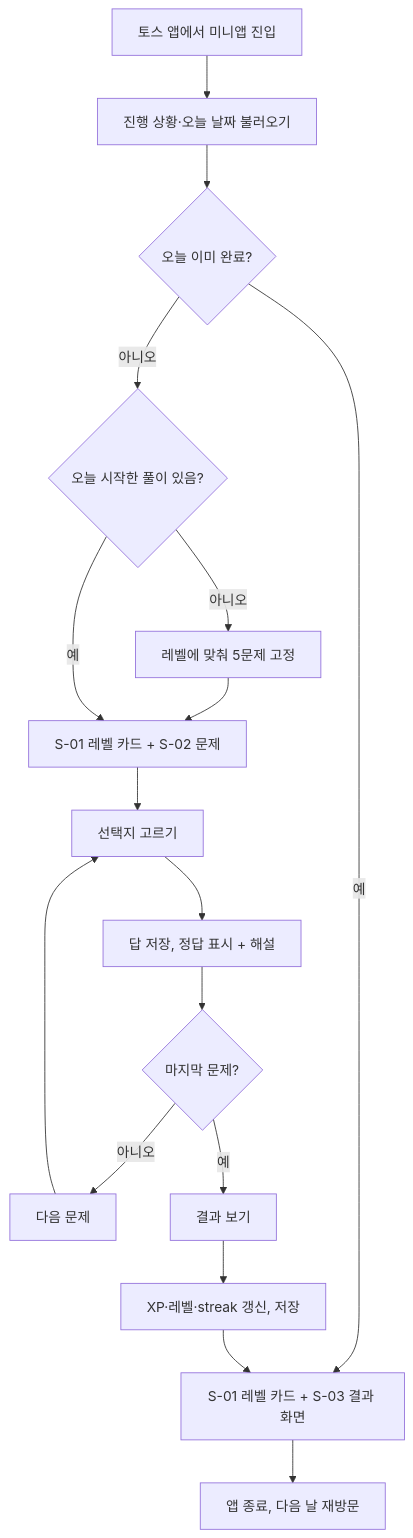
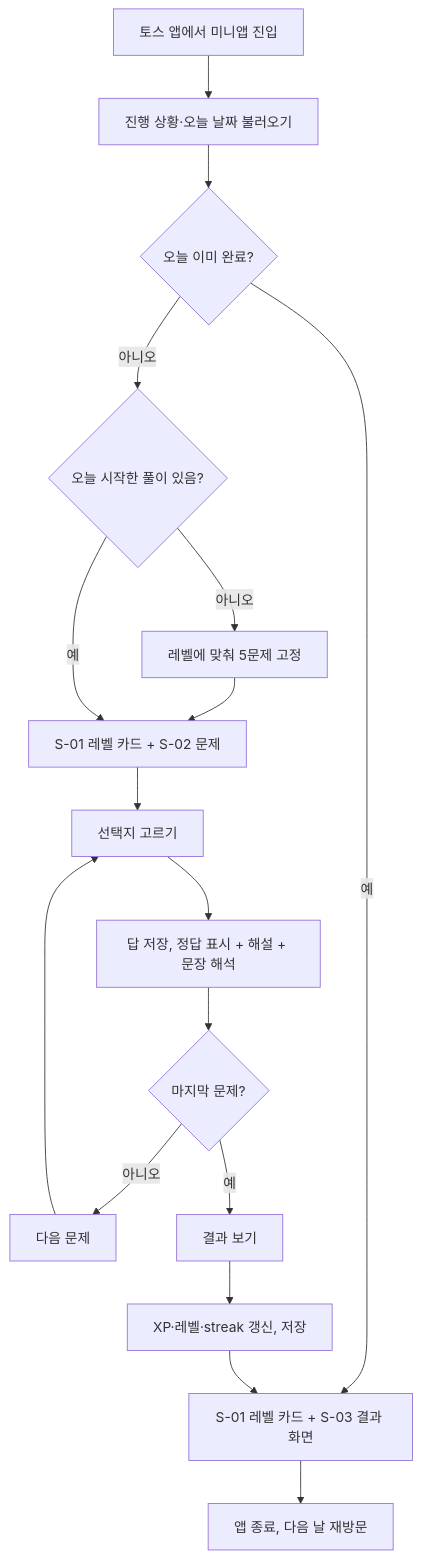
One commit to dldl8819/daily-english changed the diagram in docs/05_유저스토리_유저플로우.md. Above: the diagram before and after it, drawn with Mermaid. The commit also changed other lines of this file and 43 other files, not shown here.

````diff
--- a/docs/05_유저스토리_유저플로우.md
+++ b/docs/05_유저스토리_유저플로우.md
@@ -22,18 +23,18 @@
 ```mermaid
 flowchart TD
     A[토스 앱에서 미니앱 진입] --> B[진행 상황·오늘 날짜 불러오기]
     B --> C{오늘 이미 완료?}
     C -- 아니오 --> C2{오늘 시작한 풀이 있음?}
     C2 -- 아니오 --> C3[레벨에 맞춰 5문제 고정]
     C3 --> D[S-01 레벨 카드 + S-02 문제]
     C2 -- 예 --> D
     C -- 예 --> H[S-01 레벨 카드 + S-03 결과 화면]
     D --> E[선택지 고르기]
-    E --> F[답 저장, 정답 표시 + 해설]
+    E --> F[답 저장, 정답 표시 + 해설 + 문장 해석]
     F --> G{마지막 문제?}
     G -- 아니오 --> D2[다음 문제] --> E
     G -- 예 --> I[결과 보기]
     I --> J[XP·레벨·streak 갱신, 저장]
     J --> H
     H --> K[앱 종료, 다음 날 재방문]
 ```
````
